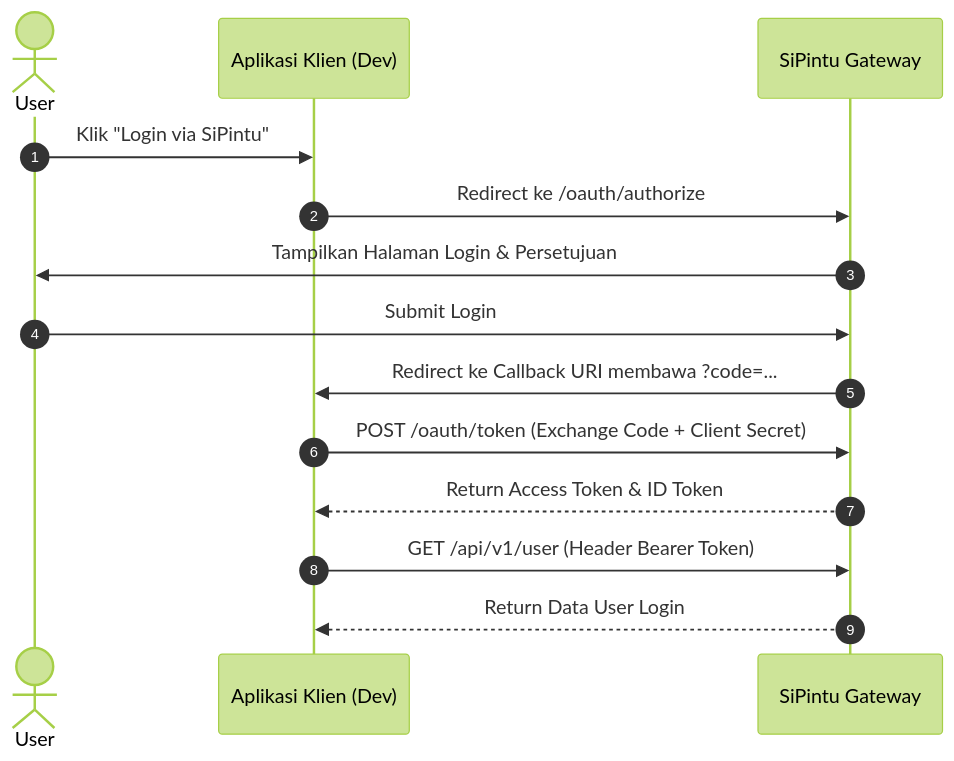
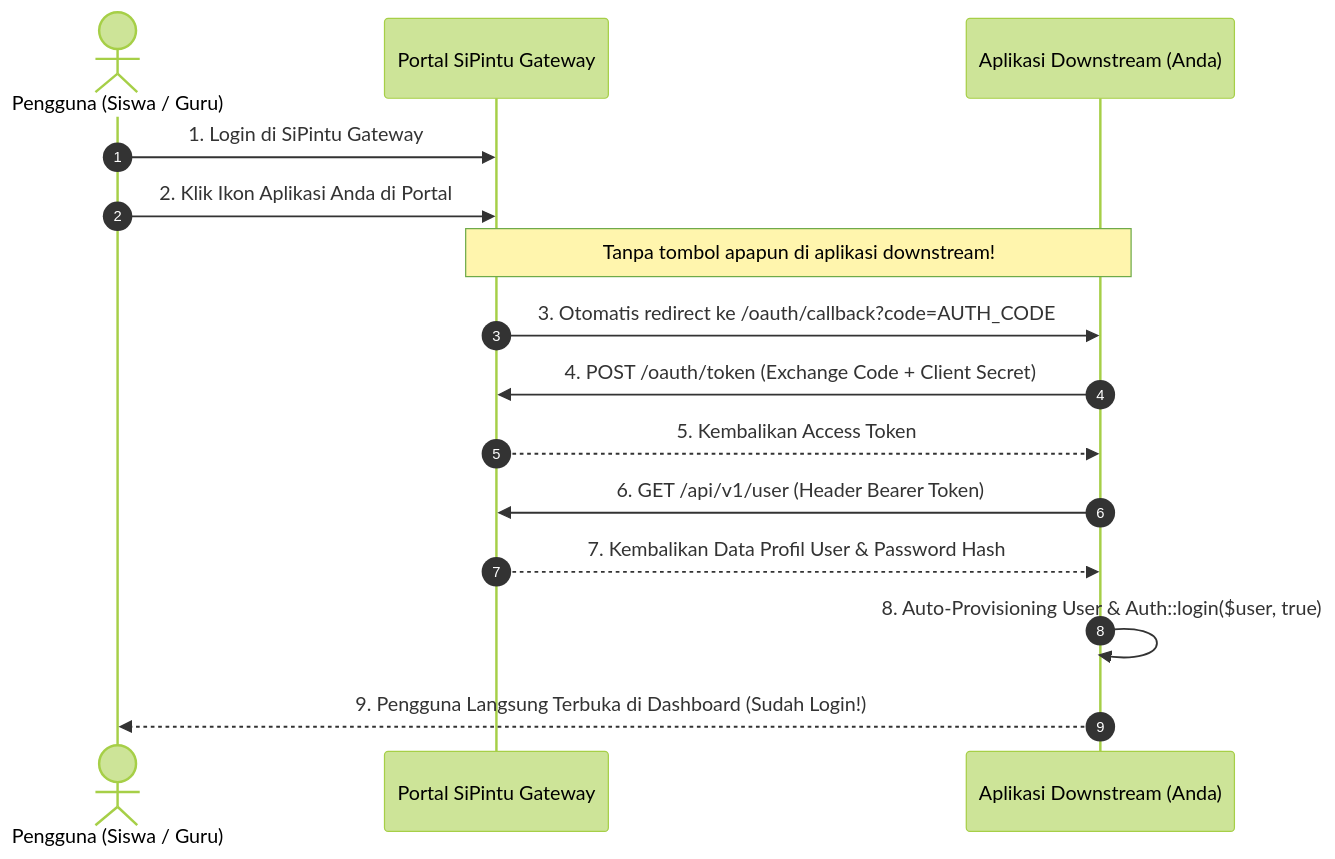
Before and after one commit to Zhylix/SiPintu: the diagram in API_INTEGRATION_GUIDE.md, drawn with Mermaid (forest theme). The commit also changed other lines of this file and 16 other files, not shown here.

Commit message:
feat: add data updater for downstream app

````diff
--- a/API_INTEGRATION_GUIDE.md
+++ b/API_INTEGRATION_GUIDE.md
@@ -169,17 +69,18 @@
 ```mermaid
 sequenceDiagram
     autonumber
-    actor User
-    participant App as Aplikasi Klien (Dev)
-    participant Gateway as SiPintu Gateway
+    actor User as Pengguna (Siswa / Guru)
+    participant SiPintu as Portal SiPintu Gateway
+    participant Downstream as Aplikasi Downstream (Anda)
     
-    User->>App: Klik "Login via SiPintu"
-    App->>Gateway: Redirect ke /oauth/authorize
-    Gateway->>User: Tampilkan Halaman Login & Persetujuan
-    User->>Gateway: Submit Login
-    Gateway->>App: Redirect ke Callback URI membawa ?code=...
-    App->>Gateway: POST /oauth/token (Exchange Code + Client Secret)
-    Gateway-->>App: Return Access Token & ID Token
-    App->>Gateway: GET /api/v1/user (Header Bearer Token)
-    Gateway-->>App: Return Data User Login
+    User->>SiPintu: 1. Login di SiPintu Gateway
+    User->>SiPintu: 2. Klik Ikon Aplikasi Anda di Portal
+    Note over SiPintu,Downstream: Tanpa tombol apapun di aplikasi downstream!
+    SiPintu->>Downstream: 3. Otomatis redirect ke /oauth/callback?code=AUTH_CODE
+    Downstream->>SiPintu: 4. POST /oauth/token (Exchange Code + Client Secret)
+    SiPintu-->>Downstream: 5. Kembalikan Access Token
+    Downstream->>SiPintu: 6. GET /api/v1/user (Header Bearer Token)
+    SiPintu-->>Downstream: 7. Kembalikan Data Profil User & Password Hash
+    Downstream->>Downstream: 8. Auto-Provisioning User & Auth::login($user, true)
+    Downstream-->>User: 9. Pengguna Langsung Terbuka di Dashboard (Sudah Login!)
 ```
````
